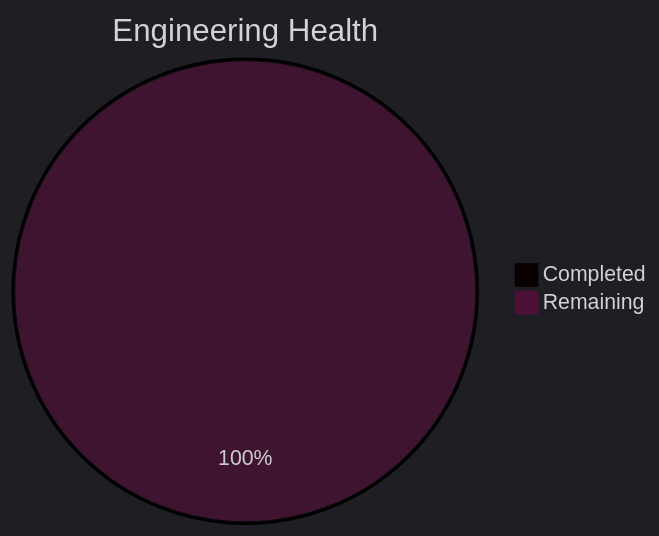
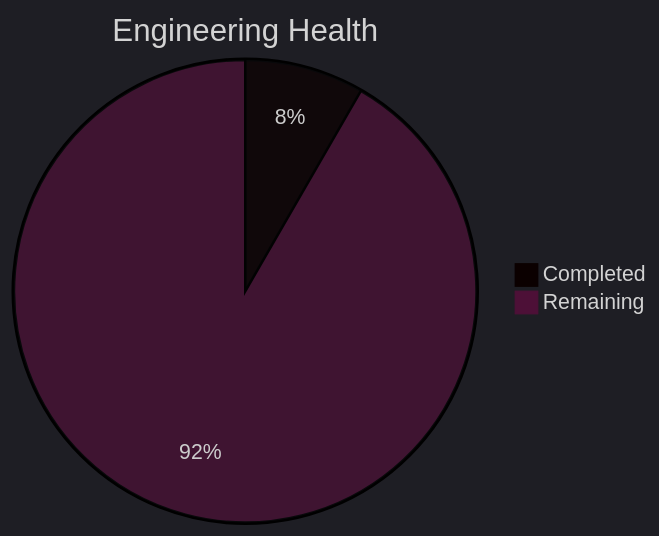
One commit to Neogleamz/SK8Lytz changed the third of 5 diagrams in tools/SK8Lytz_Bucket_List.md. Above: the diagram before and after it, drawn with Mermaid. The commit also changed other lines of this file, not shown here.

Commit message:
chore(bucket-list): mark fix/typescript-debt-audit as complete, update Engineering Health to 1/11

````diff
--- a/tools/SK8Lytz_Bucket_List.md
+++ b/tools/SK8Lytz_Bucket_List.md
@@ -44,6 +44,6 @@
 ```mermaid
 %%{init: {'theme': 'dark'}}%%
 pie title Engineering Health
-  "Completed" : 0
-  "Remaining" : 12
+  "Completed" : 1
+  "Remaining" : 11
 ```
````
